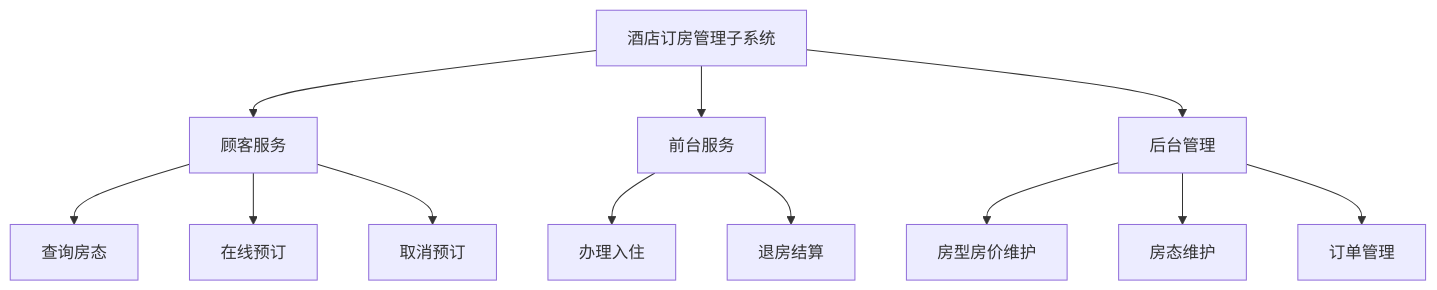
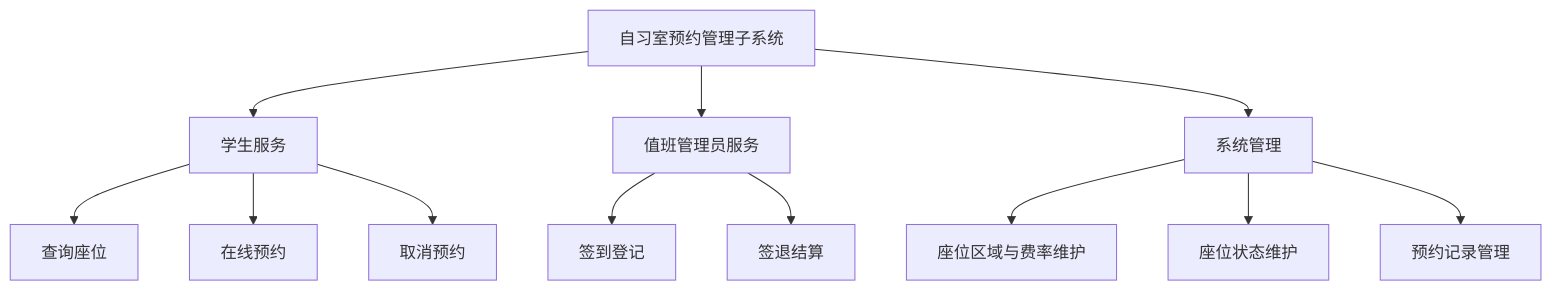
One commit to STU-team/Study_Room_Reservation changed the diagram in docs/reports/实验1-系统目标及功能简述.md. Above: the diagram before and after it, drawn with Mermaid. The commit also changed other lines of this file and 16 other files, not shown here.

````diff
--- a/docs/reports/实验1-系统目标及功能简述.md
+++ b/docs/reports/实验1-系统目标及功能简述.md
@@ -65,18 +57,18 @@
 ```mermaid
 flowchart TD
-    SYS["酒店订房管理子系统"]
-    SYS --> G["顾客服务"]
-    SYS --> F["前台服务"]
-    SYS --> M["后台管理"]
+    SYS["自习室预约管理子系统"]
+    SYS --> ST["学生服务"]
+    SYS --> DU["值班管理员服务"]
+    SYS --> SA["系统管理"]
 
-    G --> G1["查询房态"]
-    G --> G2["在线预订"]
-    G --> G3["取消预订"]
+    ST --> ST1["查询座位"]
+    ST --> ST2["在线预约"]
+    ST --> ST3["取消预约"]
 
-    F --> F1["办理入住"]
-    F --> F2["退房结算"]
+    DU --> DU1["签到登记"]
+    DU --> DU2["签退结算"]
 
-    M --> M1["房型房价维护"]
-    M --> M2["房态维护"]
-    M --> M3["订单管理"]
+    SA --> SA1["座位区域与费率维护"]
+    SA --> SA2["座位状态维护"]
+    SA --> SA3["预约记录管理"]
 ```
````
